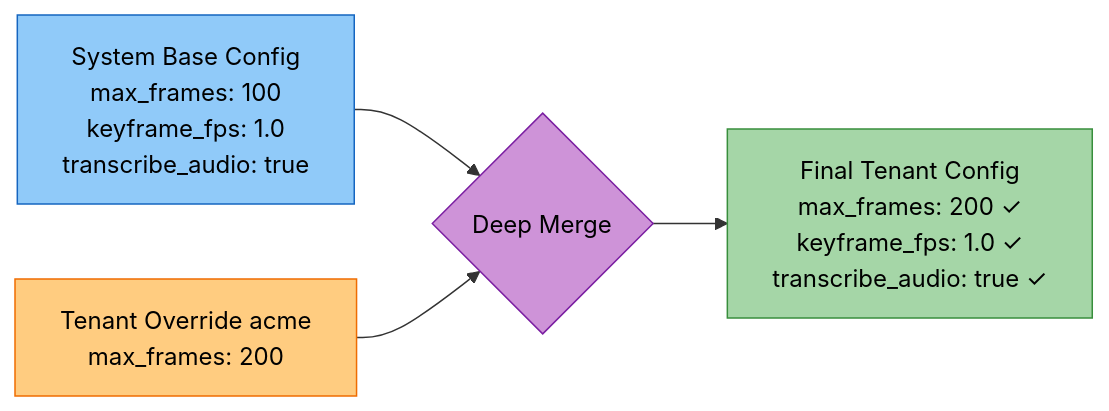
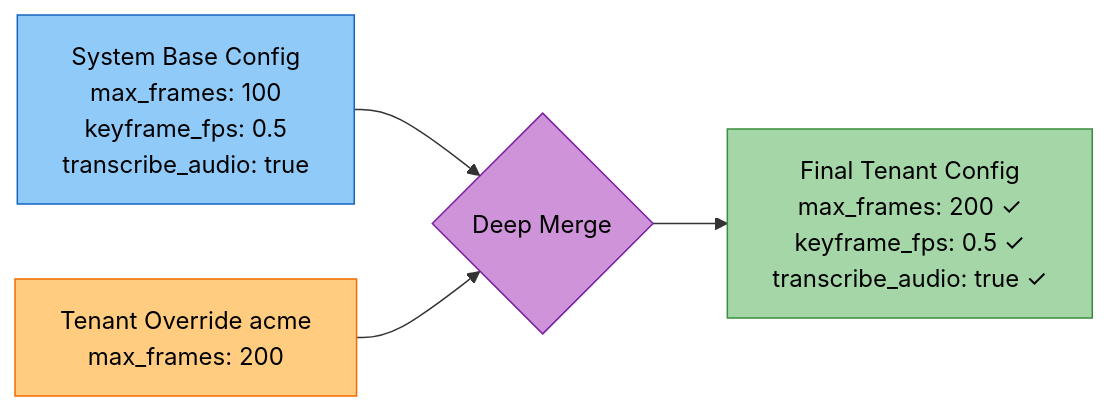
The sixth of 7 diagrams in docs/architecture/multi-tenant.md (amit-jain/cogniverse), drawn with Mermaid before and after one commit. The commit also changed other lines of this file and 16 other files, not shown here.

First line of the commit message:
Lower default keyframe sampling to 0.5 fps

````diff
--- a/docs/architecture/multi-tenant.md
+++ b/docs/architecture/multi-tenant.md
@@ -1187,13 +1187,13 @@
 ```mermaid
 flowchart LR
-    SystemConfig[<span style='color:#000'>System Base Config<br/>max_frames: 100<br/>keyframe_fps: 1.0<br/>transcribe_audio: true</span>] --> Merge{<span style='color:#000'>Deep Merge</span>}
+    SystemConfig[<span style='color:#000'>System Base Config<br/>max_frames: 100<br/>keyframe_fps: 0.5<br/>transcribe_audio: true</span>] --> Merge{<span style='color:#000'>Deep Merge</span>}
 
     TenantOverride[<span style='color:#000'>Tenant Override acme<br/>max_frames: 200</span>] --> Merge
 
-    Merge --> FinalConfig[<span style='color:#000'>Final Tenant Config<br/>max_frames: 200 ✓<br/>keyframe_fps: 1.0 ✓<br/>transcribe_audio: true ✓</span>]
+    Merge --> FinalConfig[<span style='color:#000'>Final Tenant Config<br/>max_frames: 200 ✓<br/>keyframe_fps: 0.5 ✓<br/>transcribe_audio: true ✓</span>]
 
     style SystemConfig fill:#90caf9,stroke:#1565c0,color:#000
     style TenantOverride fill:#ffcc80,stroke:#ef6c00,color:#000
     style FinalConfig fill:#a5d6a7,stroke:#388e3c,color:#000
     style Merge fill:#ce93d8,stroke:#7b1fa2,color:#000
 ```
````
